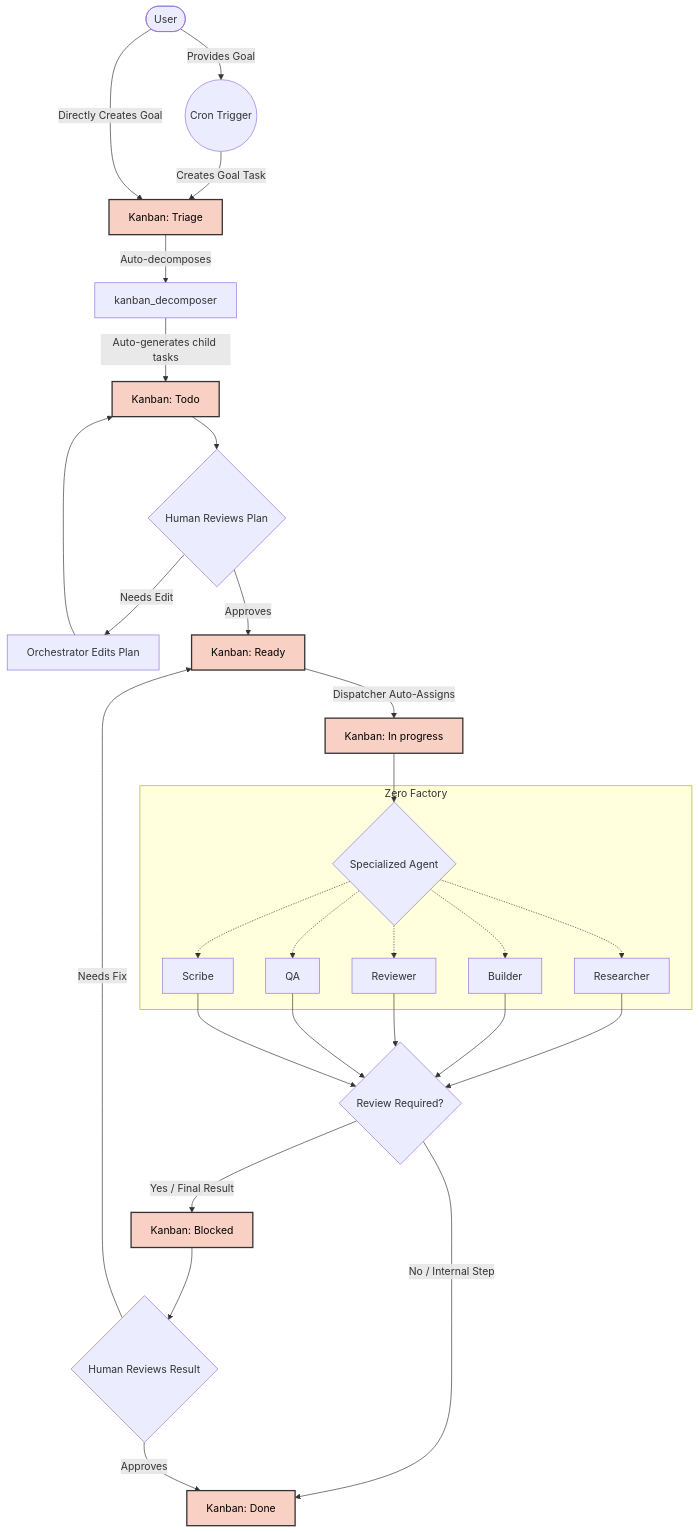
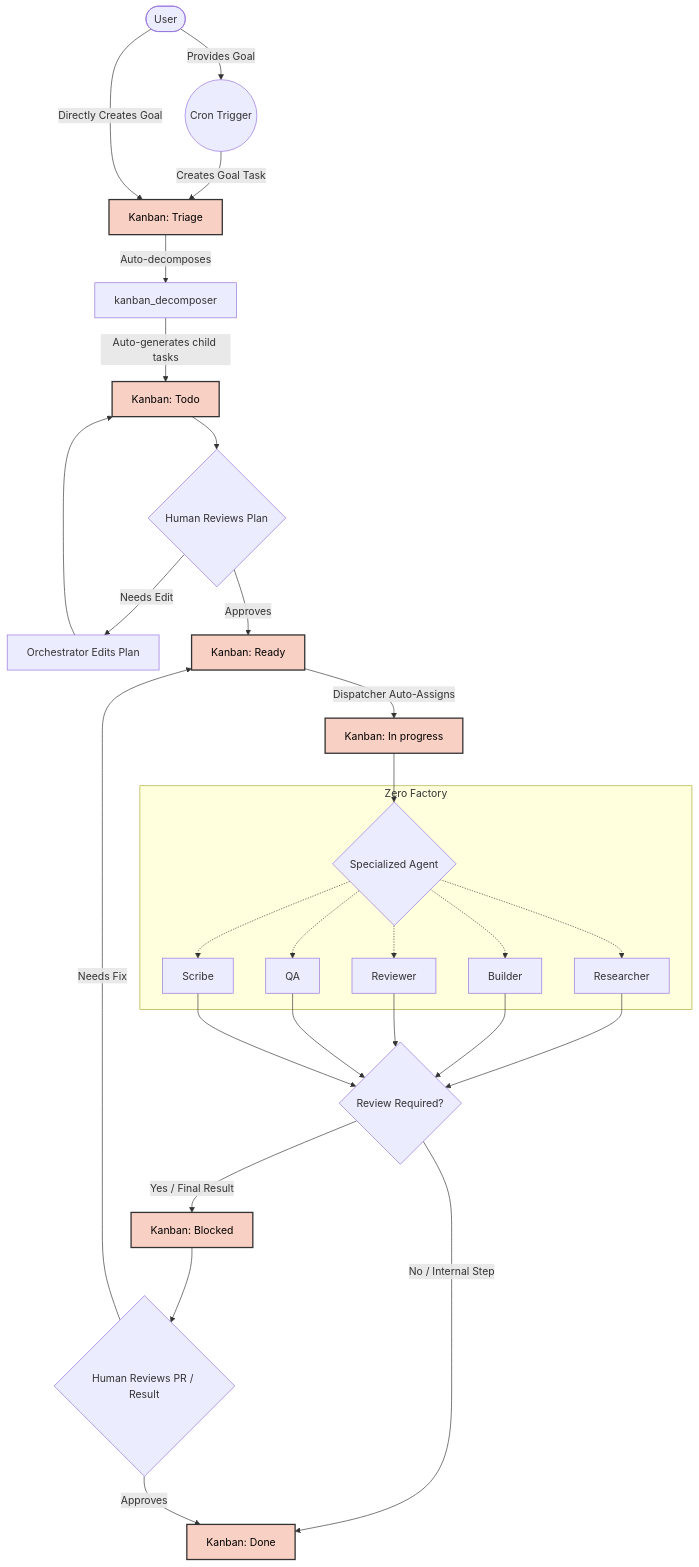
The diagram in README.md (hotcode-dev/zerofactory), drawn with Mermaid before and after one commit. The commit also changed 2 other files, not shown here.

Commit message:
docs: update documentation to reflect the requirement of opening a GitHub PR during the review-blocked state

````diff
--- a/README.md
+++ b/README.md
@@ -21,44 +21,44 @@
 ```mermaid
 graph TD
     classDef kanban fill:#f9d0c4,stroke:#333,stroke-width:2px,color:#000;
     
     User([User]) -->|Provides Goal| Cron((Cron Trigger))
     Cron -->|Creates Goal Task| Triage[Kanban: Triage]:::kanban
     
     User -->|Directly Creates Goal| Triage
     
     Triage -->|Auto-decomposes| Decomposer[kanban_decomposer]
     Decomposer -->|Auto-generates child tasks| Todo[Kanban: Todo]:::kanban
     
     Todo --> HumanPlanReview{Human Reviews Plan}
     HumanPlanReview -->|Needs Edit| OrchestratorEdit[Orchestrator Edits Plan]
     OrchestratorEdit --> Todo
     HumanPlanReview -->|Approves| Ready[Kanban: Ready]:::kanban
     
     Ready -->|Dispatcher Auto-Assigns| InProgress[Kanban: In progress]:::kanban
     
     InProgress --> AgentWork{Specialized Agent}
     
     subgraph Zero Factory
         AgentWork -.-> Researcher
         AgentWork -.-> Builder
         AgentWork -.-> Reviewer
         AgentWork -.-> QA
         AgentWork -.-> Scribe
     end
     
     Researcher --> TaskComplete
     Builder --> TaskComplete
     Reviewer --> TaskComplete
     QA --> TaskComplete
     Scribe --> TaskComplete
     
     TaskComplete{Review Required?}
     TaskComplete -->|No / Internal Step| Done[Kanban: Done]:::kanban
     
     TaskComplete -->|Yes / Final Result| Blocked[Kanban: Blocked]:::kanban
     
-    Blocked --> HumanResultReview{Human Reviews Result}
+    Blocked --> HumanResultReview{Human Reviews PR / Result}
     HumanResultReview -->|Needs Fix| Ready
     HumanResultReview -->|Approves| Done
 ```
````
